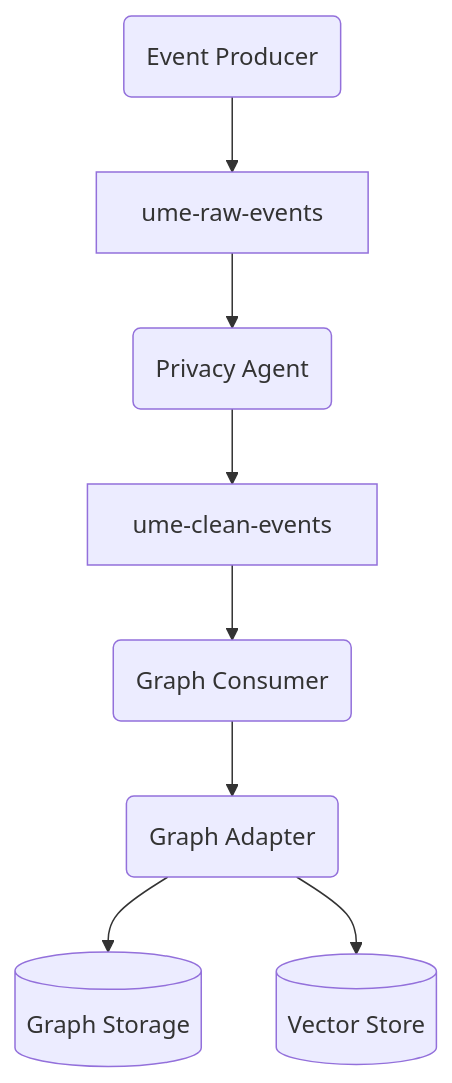
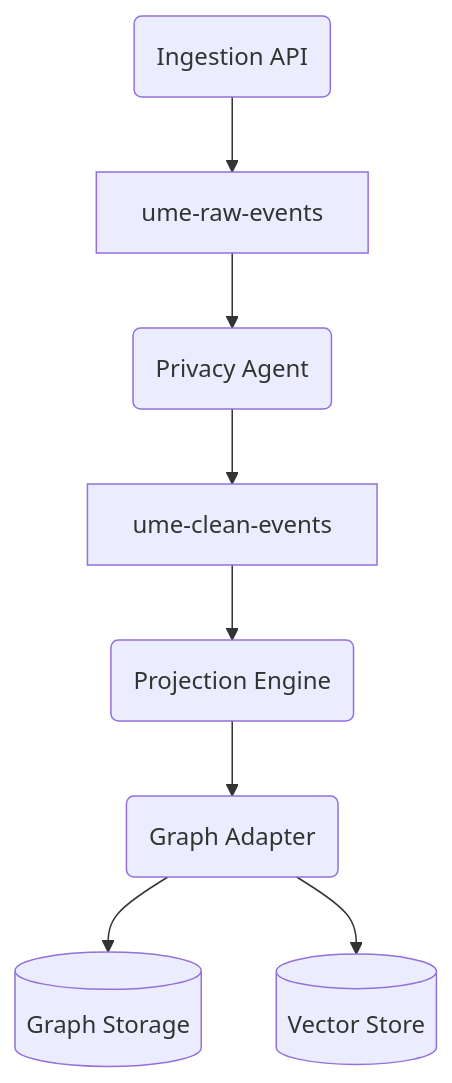
One commit to d0tTino/UME changed the first of 6 diagrams in docs/ARCHITECTURE_OVERVIEW.md. Above: the diagram before and after it, drawn with Mermaid. The commit also changed other lines of this file and 2 other files, not shown here.

Commit message:
docs: add ingestion and projection details

````diff
--- a/docs/ARCHITECTURE_OVERVIEW.md
+++ b/docs/ARCHITECTURE_OVERVIEW.md
@@ -5,10 +5,10 @@
 ```mermaid
 graph TD
-    Producer(Event Producer) --> RawEvents[ume-raw-events]
+    Ingest(Ingestion API) --> RawEvents[ume-raw-events]
     RawEvents --> PrivacyAgent(Privacy Agent)
     PrivacyAgent --> CleanEvents[ume-clean-events]
-    CleanEvents --> GraphConsumer(Graph Consumer)
-    GraphConsumer --> Adapter(Graph Adapter)
+    CleanEvents --> Projection(Projection Engine)
+    Projection --> Adapter(Graph Adapter)
     Adapter --> GraphDB[(Graph Storage)]
     Adapter --> VectorStore[(Vector Store)]
 ```
````
